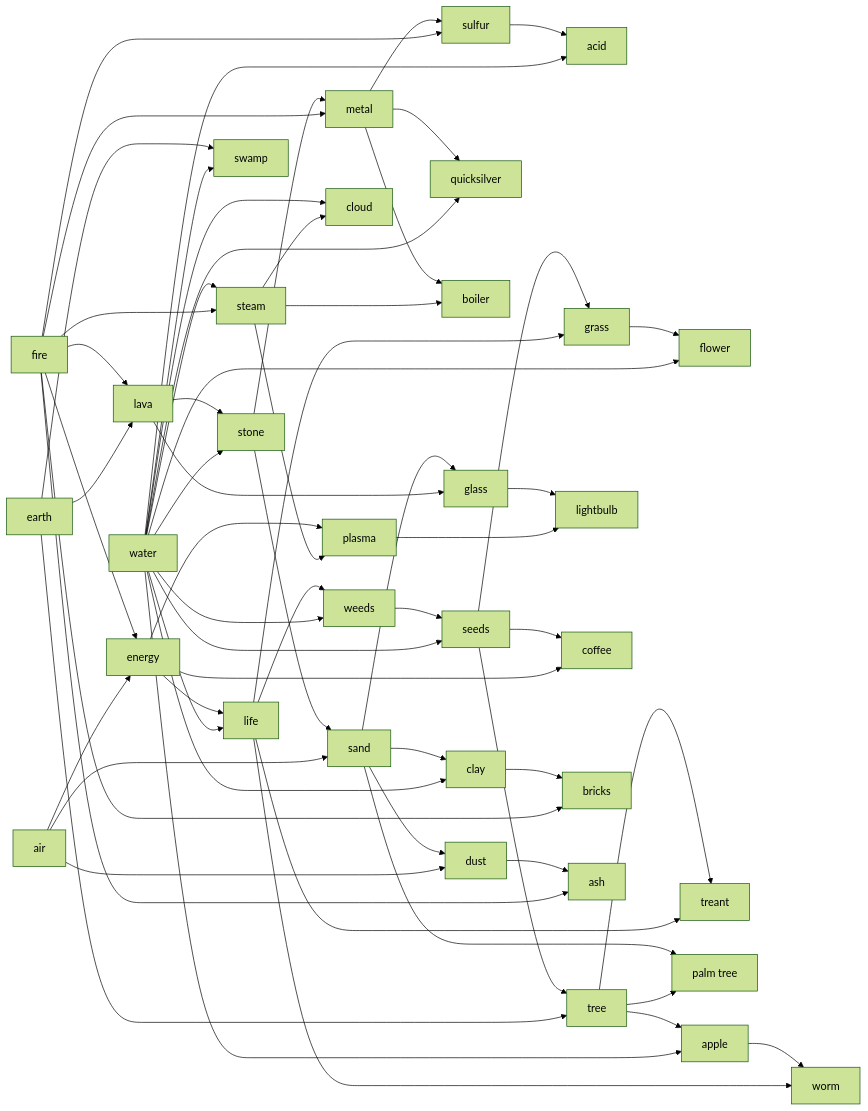
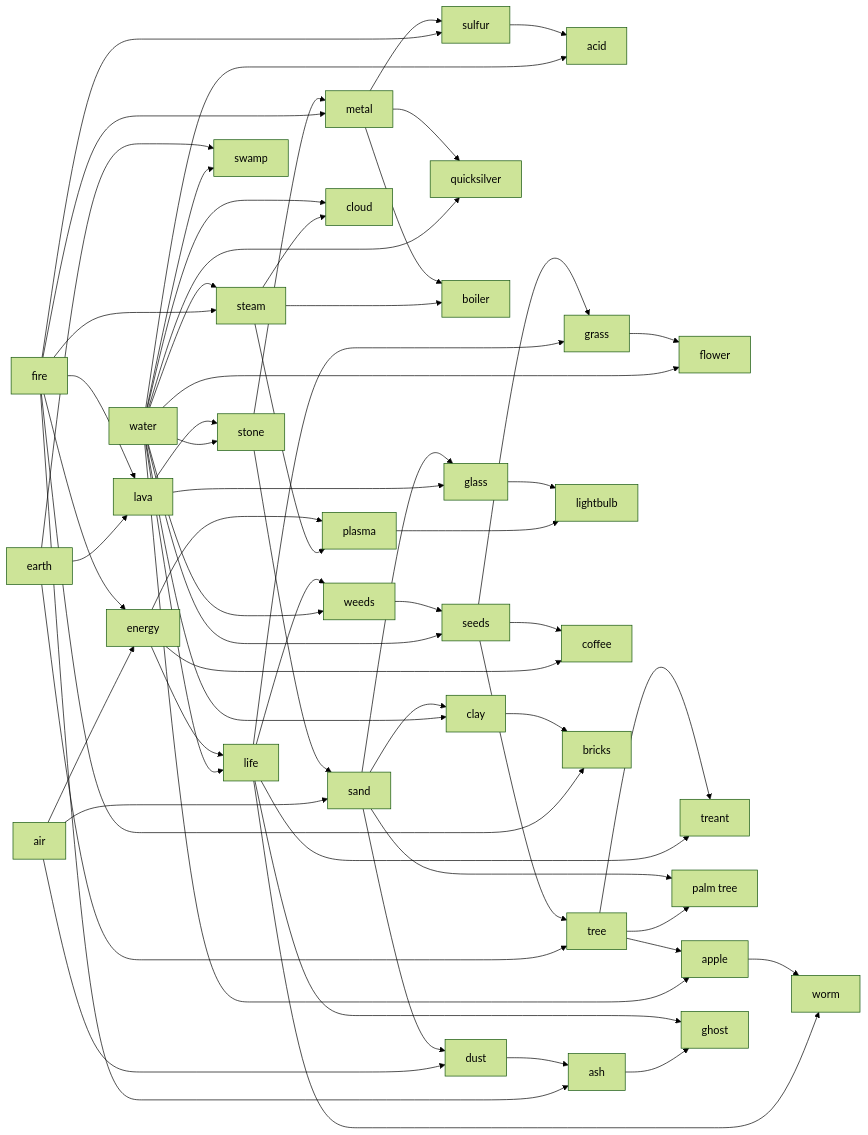
One commit to res0nat0r/doodle-god changed the diagram in README.md. Above: the diagram before and after it, drawn with Mermaid (forest theme).

````diff
--- a/README.md
+++ b/README.md
@@ -93,4 +93,7 @@
 
 apple --> worm
 life --> worm
+
+life --> ghost
+ash --> ghost
 ```
````
